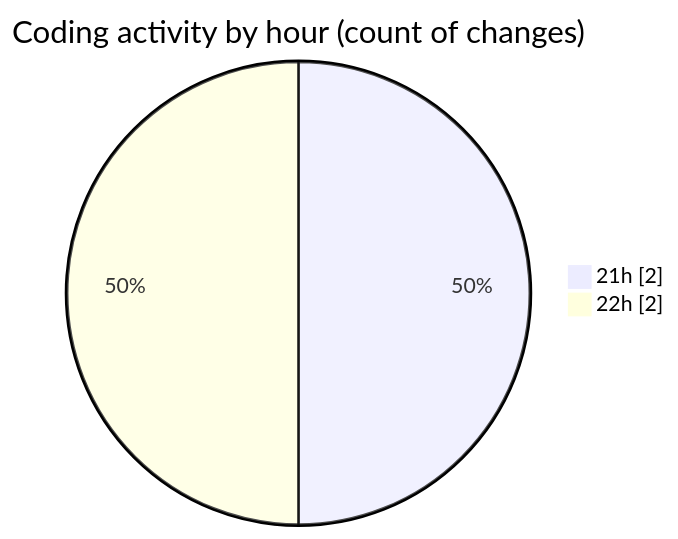
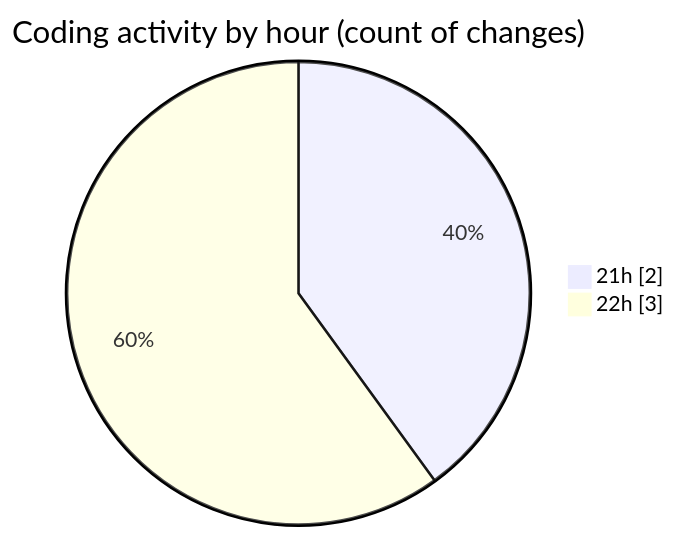
The second of 2 diagrams in 2025-10-28/projet_distribu_/README.md (donsfak/code-tracking), drawn with Mermaid before and after one commit. The commit also changed other lines of this file and 1 other file, not shown here.

````diff
--- a/2025-10-28/projet_distribu_/README.md
+++ b/2025-10-28/projet_distribu_/README.md
@@ -30,6 +30,6 @@
 ```mermaid
 pie showData
 title Coding activity by hour (count of changes)
 "21h" : 2
-"22h" : 2
+"22h" : 3
 ```
````
